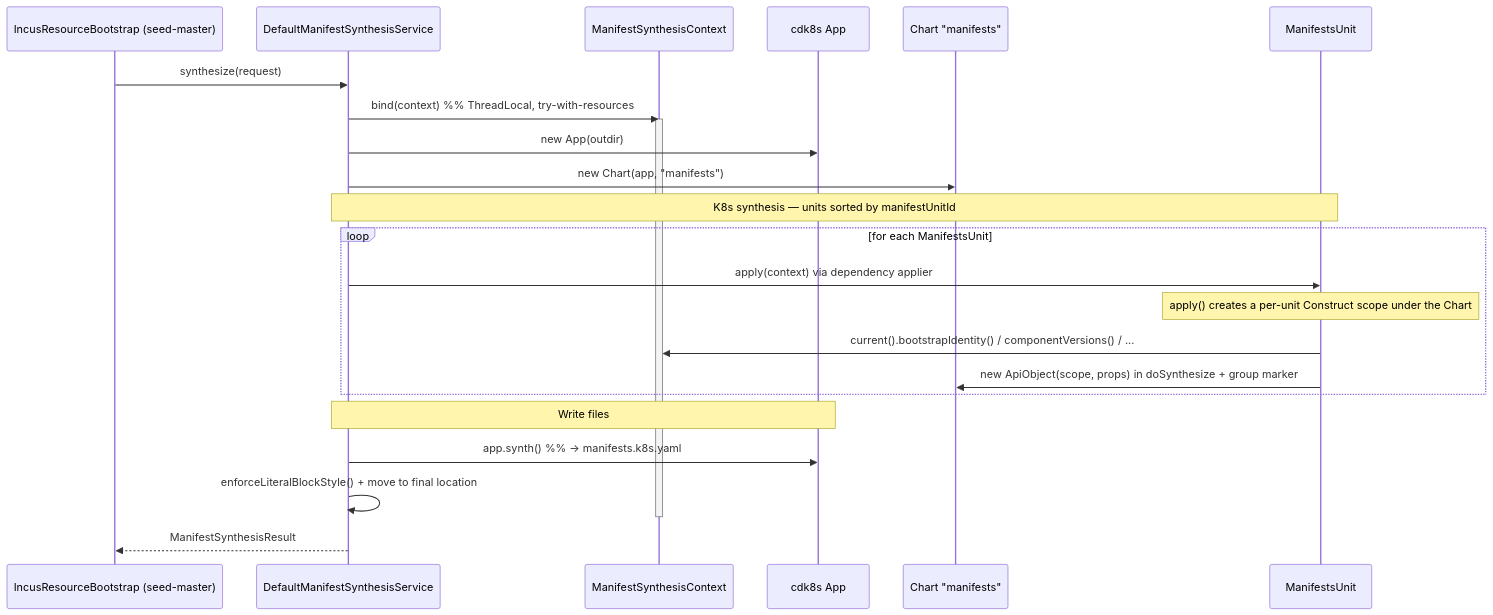
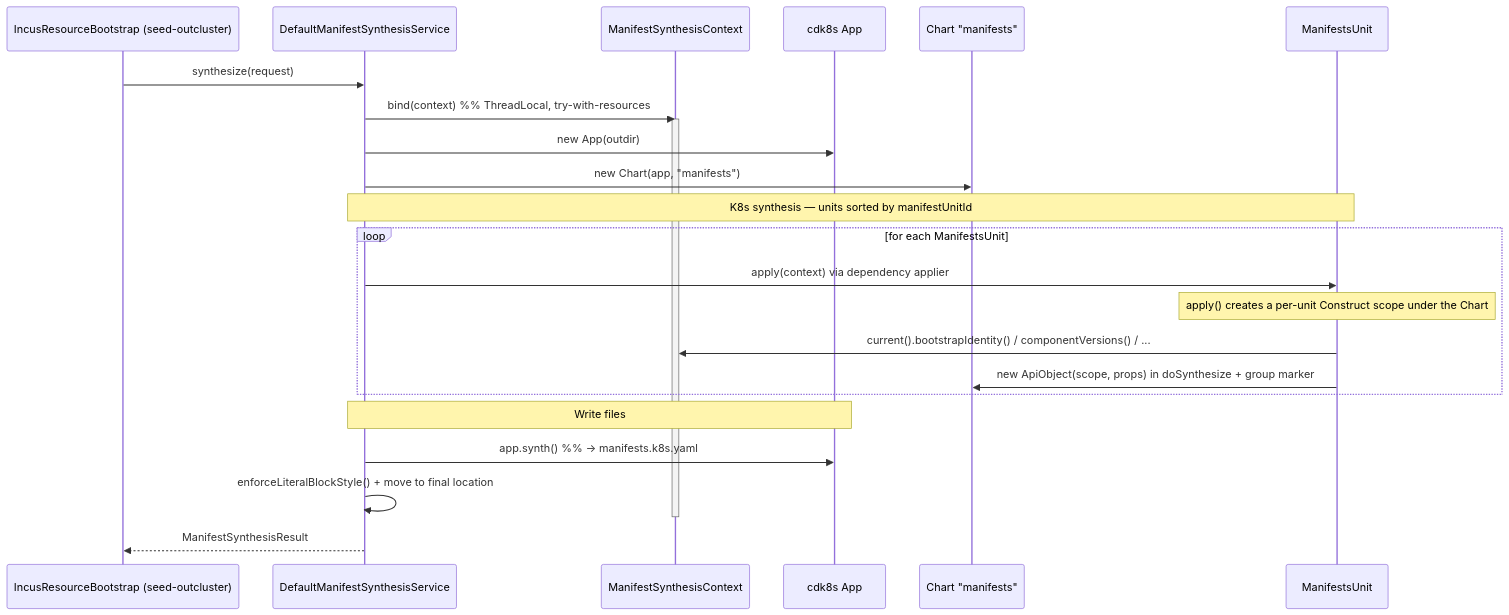
The fourth of 6 diagrams in docs/architecture/manifests/manifests-architecture.adoc (seedmatic/rke2lab), drawn with Mermaid before and after one commit. The commit also changed other lines of this file and 160 other files, not shown here.

First line of the commit message:
refactor(exec)!: `seed-master` → `seed-outcluster`, one axis for the whole chain

```diff
--- a/docs/architecture/manifests/manifests-architecture.adoc
+++ b/docs/architecture/manifests/manifests-architecture.adoc
@@ -401,30 +401,30 @@
 [mermaid]
 ----
 sequenceDiagram
-    participant Boot as IncusResourceBootstrap (seed-master)
+    participant Boot as IncusResourceBootstrap (seed-outcluster)
     participant Svc as DefaultManifestSynthesisService
     participant Ctx as ManifestSynthesisContext
     participant App as cdk8s App
     participant Chart as Chart "manifests"
     participant Unit as ManifestsUnit
 
     Boot->>Svc: synthesize(request)
     Svc->>Ctx: bind(context)  %% ThreadLocal, try-with-resources
     activate Ctx
     Svc->>App: new App(outdir)
     Svc->>Chart: new Chart(app, "manifests")
 
     Note over Svc,Unit: K8s synthesis — units sorted by manifestUnitId
     loop for each ManifestsUnit
         Svc->>Unit: apply(context) via dependency applier
         Note over Unit: apply() creates a per-unit Construct scope under the Chart
         Unit->>Ctx: current().bootstrapIdentity() / componentVersions() / ...
         Unit->>Chart: new ApiObject(scope, props) in doSynthesize + group marker
     end
 
     Note over Svc,App: Write files
     Svc->>App: app.synth()  %% -> manifests.k8s.yaml
     Svc->>Svc: enforceLiteralBlockStyle() + move to final location
     deactivate Ctx
     Svc-->>Boot: ManifestSynthesisResult
 ----
```
